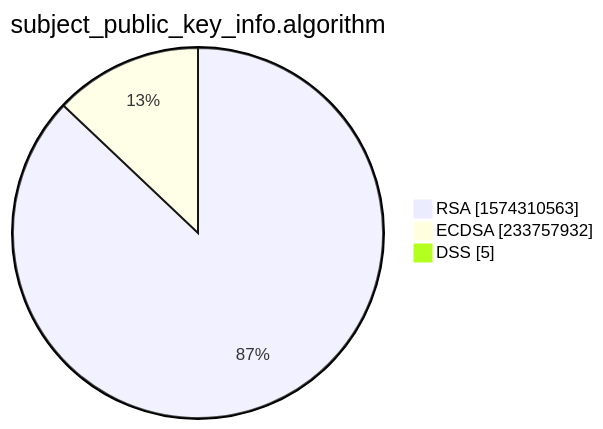
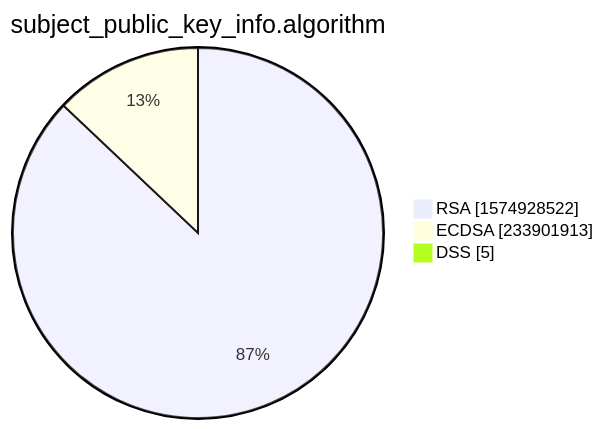
Before and after one commit to christiankrug/ctmonitor_visualization: the third of 15 diagrams in xenon2022/README.md, drawn with Mermaid. The commit also changed other lines of this file, not shown here.

````diff
--- a/xenon2022/README.md
+++ b/xenon2022/README.md
@@ -14,7 +14,7 @@
 ```mermaid
 pie showData
 title subject_public_key_info.algorithm
-"RSA" :1574310563
-"ECDSA" :233757932
+"RSA" :1574928522
+"ECDSA" :233901913
 "DSS" :5
 ```
````
